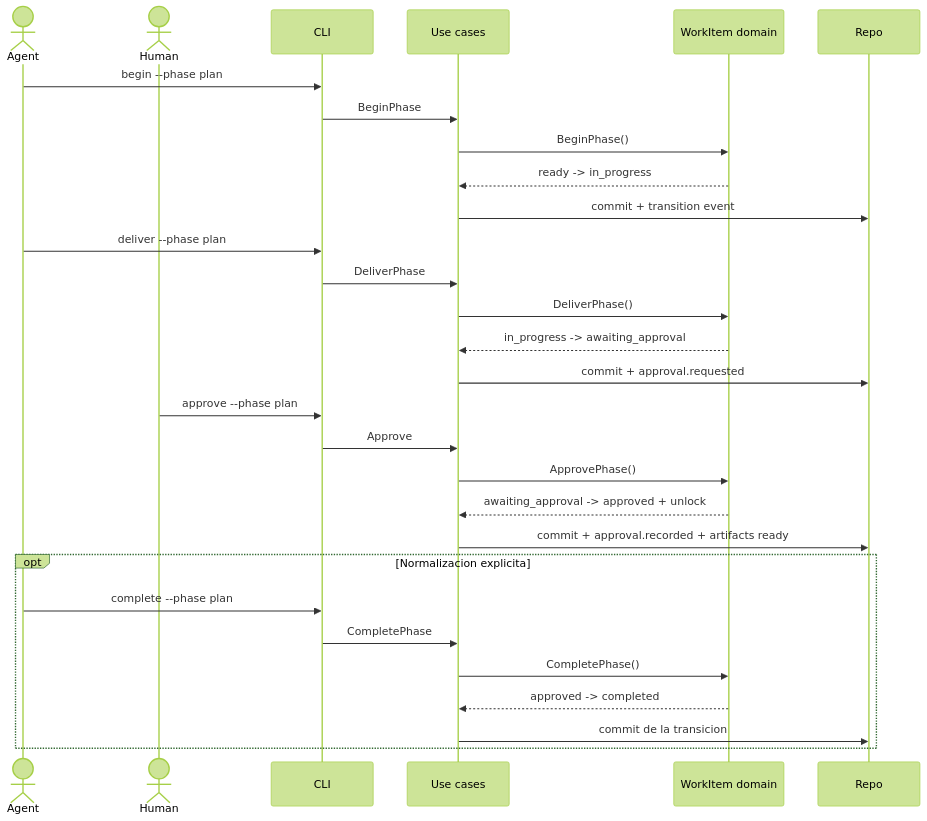
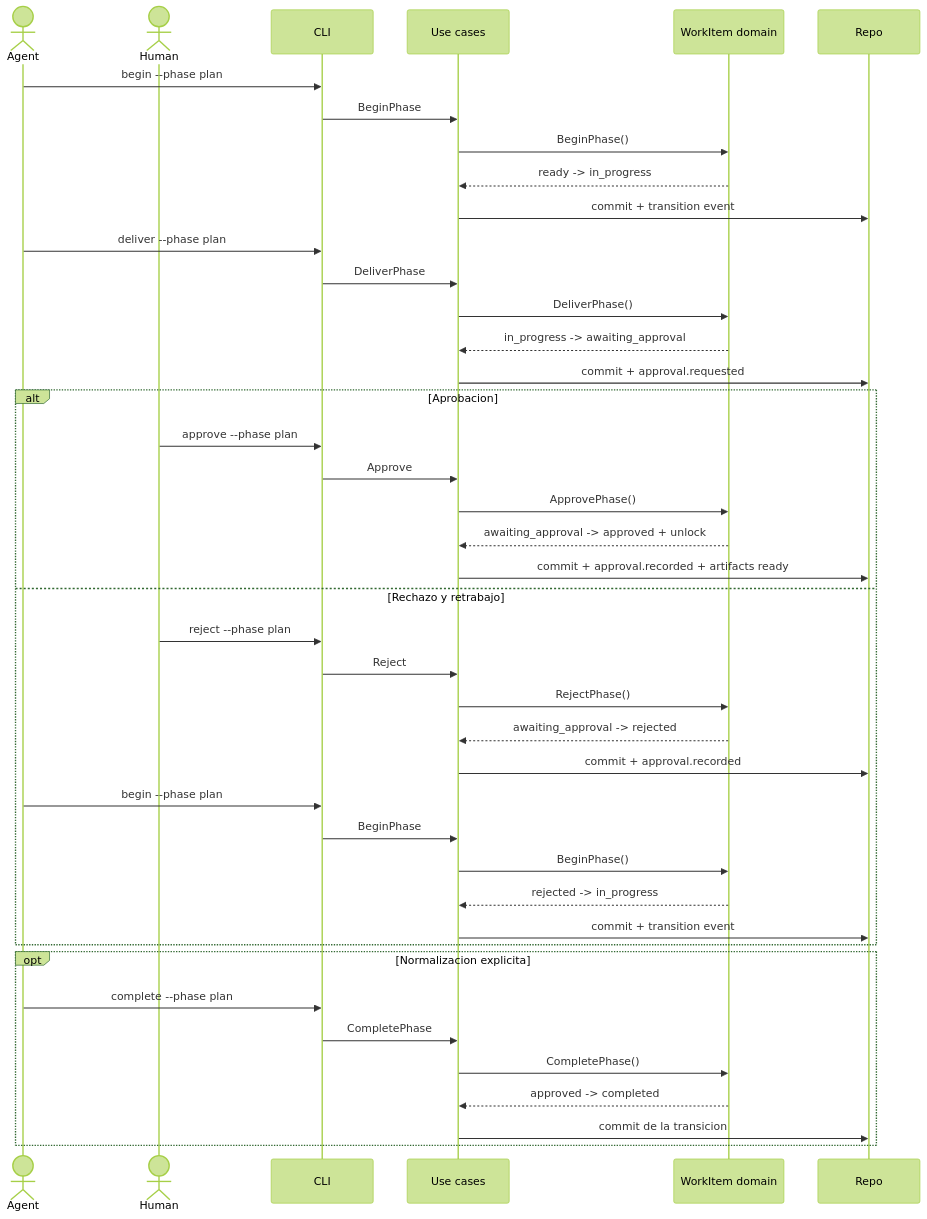
Before and after one commit to matiasezequieldimuro/ssd-workflow: diagram 11 of 15 in docs/9-guia-tecnica-cli.md, drawn with Mermaid (forest theme). The commit also changed other lines of this file and 14 other files, not shown here.

````diff
--- a/docs/9-guia-tecnica-cli.md
+++ b/docs/9-guia-tecnica-cli.md
@@ -1149,35 +1173,48 @@
 ```mermaid
 sequenceDiagram
     actor Agent
     actor Human
     participant CLI
     participant UC as Use cases
     participant WI as WorkItem domain
     participant Repo
 
     Agent->>CLI: begin --phase plan
     CLI->>UC: BeginPhase
     UC->>WI: BeginPhase()
     WI-->>UC: ready -> in_progress
     UC->>Repo: commit + transition event
 
     Agent->>CLI: deliver --phase plan
     CLI->>UC: DeliverPhase
     UC->>WI: DeliverPhase()
     WI-->>UC: in_progress -> awaiting_approval
     UC->>Repo: commit + approval.requested
 
-    Human->>CLI: approve --phase plan
-    CLI->>UC: Approve
-    UC->>WI: ApprovePhase()
-    WI-->>UC: awaiting_approval -> approved + unlock
-    UC->>Repo: commit + approval.recorded + artifacts ready
+    alt Aprobacion
+        Human->>CLI: approve --phase plan
+        CLI->>UC: Approve
+        UC->>WI: ApprovePhase()
+        WI-->>UC: awaiting_approval -> approved + unlock
+        UC->>Repo: commit + approval.recorded + artifacts ready
+    else Rechazo y retrabajo
+        Human->>CLI: reject --phase plan
+        CLI->>UC: Reject
+        UC->>WI: RejectPhase()
+        WI-->>UC: awaiting_approval -> rejected
+        UC->>Repo: commit + approval.recorded
+        Agent->>CLI: begin --phase plan
+        CLI->>UC: BeginPhase
+        UC->>WI: BeginPhase()
+        WI-->>UC: rejected -> in_progress
+        UC->>Repo: commit + transition event
+    end
 
     opt Normalizacion explicita
     Agent->>CLI: complete --phase plan
     CLI->>UC: CompletePhase
     UC->>WI: CompletePhase()
     WI-->>UC: approved -> completed
     UC->>Repo: commit de la transicion
     end
 ```
````
